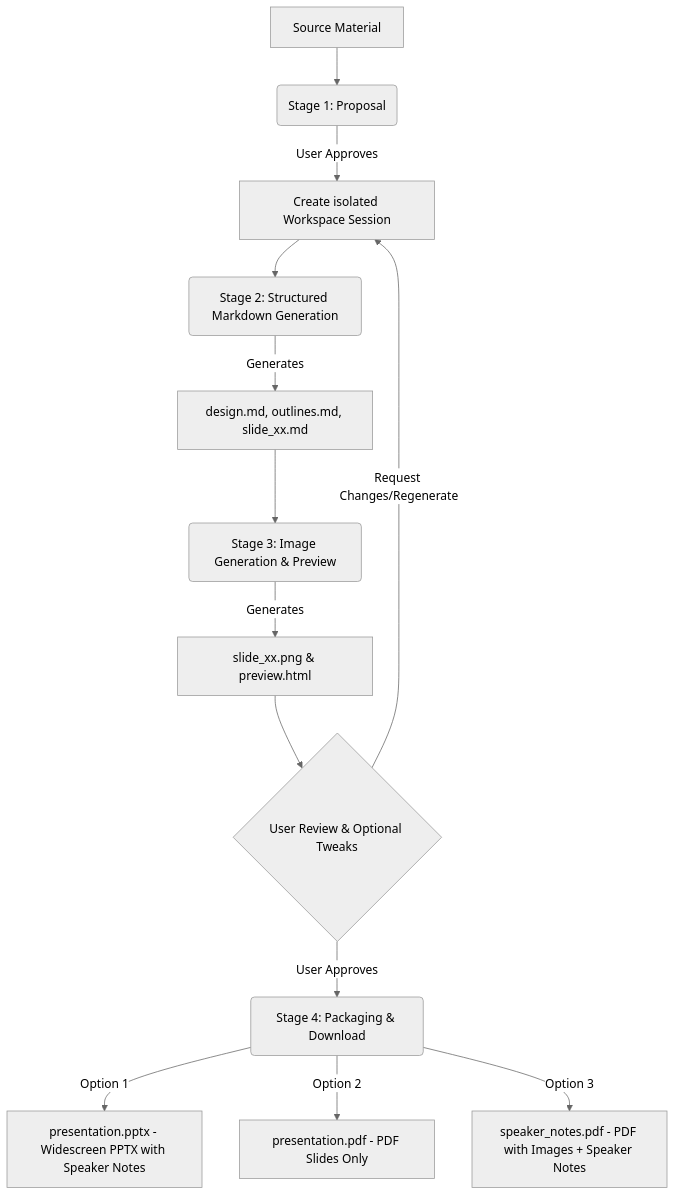
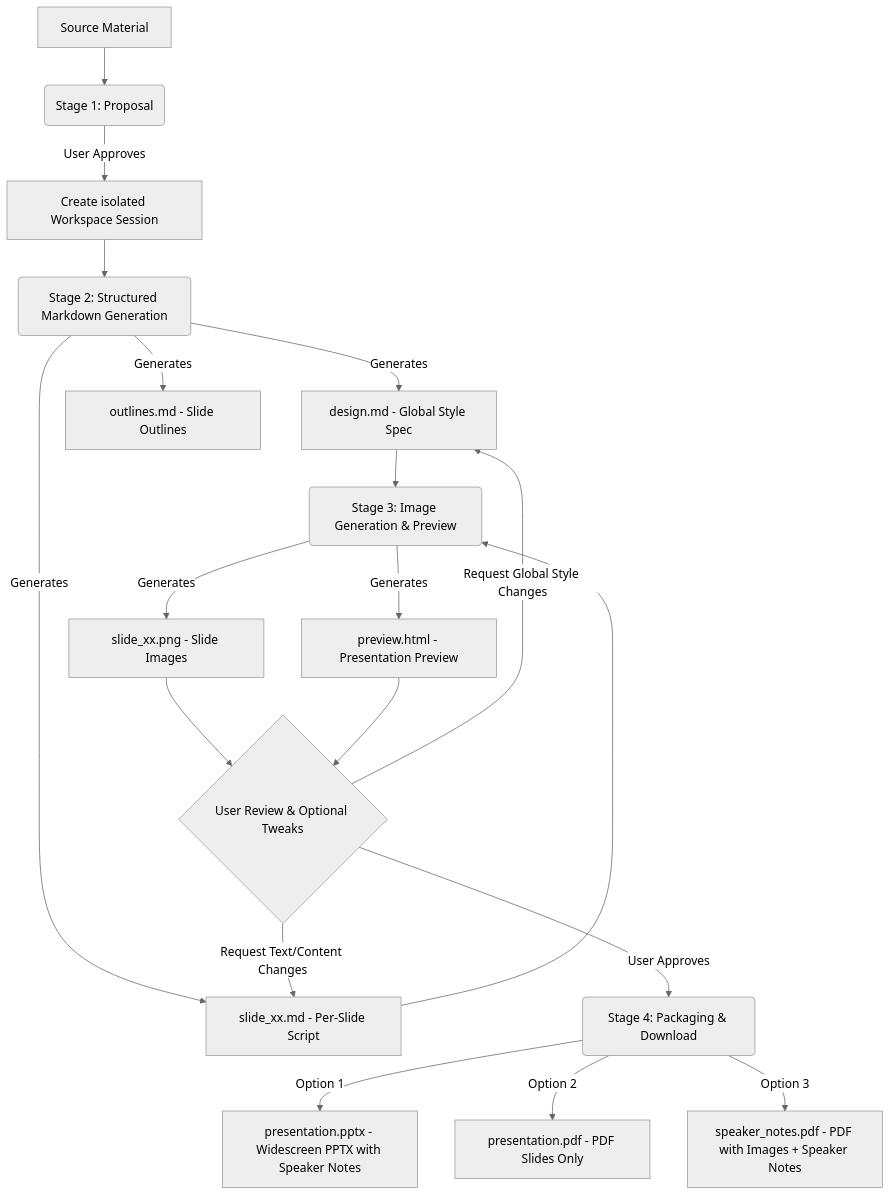
One commit to sylphlin/slide-gen-agent changed the diagram in README.md. Above: the diagram before and after it, drawn with Mermaid (neutral theme). The commit also changed other lines of this file, not shown here.

Commit message:
docs: refine README architecture diagram with decoupled file flows

````diff
--- a/README.md
+++ b/README.md
@@ -15,15 +15,24 @@
 ```mermaid
 graph TD
     A[Source Material] --> B(Stage 1: Proposal)
     B -->|User Approves| C[Create isolated Workspace Session]
     C --> D(Stage 2: Structured Markdown Generation)
-    D -->|Generates| E[design.md, outlines.md, slide_xx.md]
-    E --> F(Stage 3: Image Generation & Preview)
-    F -->|Generates| G[slide_xx.png & preview.html]
-    G --> H{User Review & Optional Tweaks}
-    H -->|Request Changes/Regenerate| C
+    
+    D -->|Generates| E1[design.md - Global Style Spec]
+    D -->|Generates| E2[outlines.md - Slide Outlines]
+    D -->|Generates| E3[slide_xx.md - Per-Slide Script]
+    
+    E1 & E3 --> F(Stage 3: Image Generation & Preview)
+    F -->|Generates| G1[slide_xx.png - Slide Images]
+    F -->|Generates| G2[preview.html - Presentation Preview]
+    
+    G1 & G2 --> H{User Review & Optional Tweaks}
+    
+    H -->|Request Text/Content Changes| E3
+    H -->|Request Global Style Changes| E1
+    
     H -->|User Approves| I(Stage 4: Packaging & Download)
     I -->|Option 1| J[presentation.pptx - Widescreen PPTX with Speaker Notes]
     I -->|Option 2| K[presentation.pdf - PDF Slides Only]
     I -->|Option 3| L[speaker_notes.pdf - PDF with Images + Speaker Notes]
 ```
````
